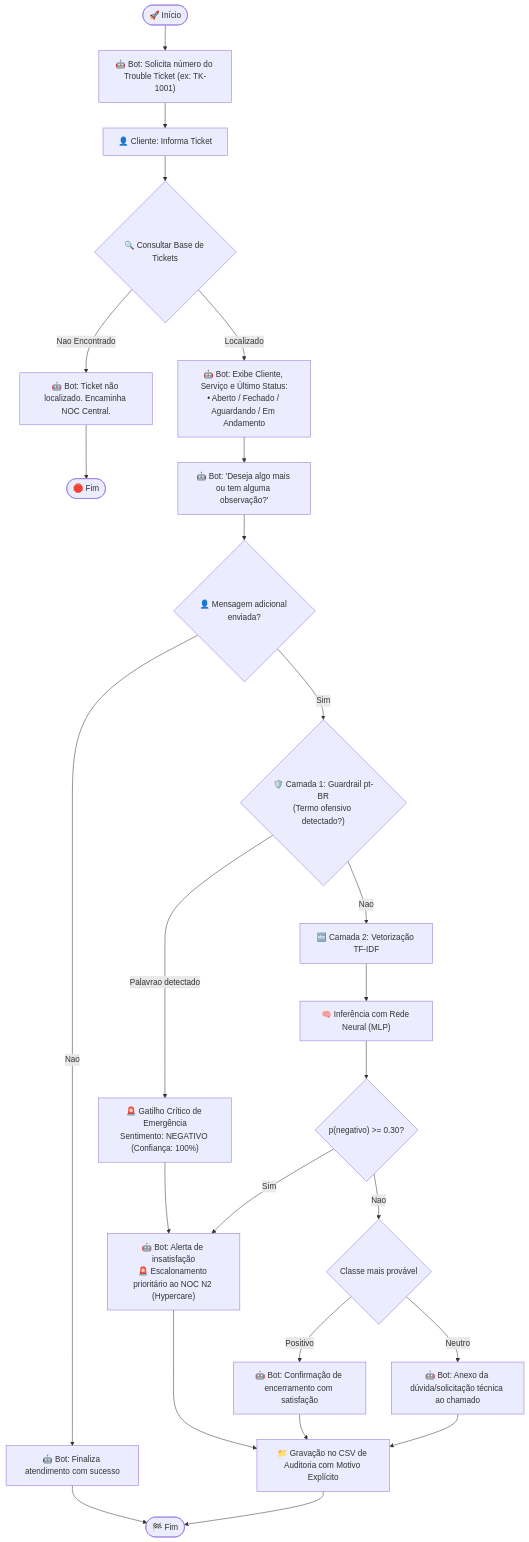
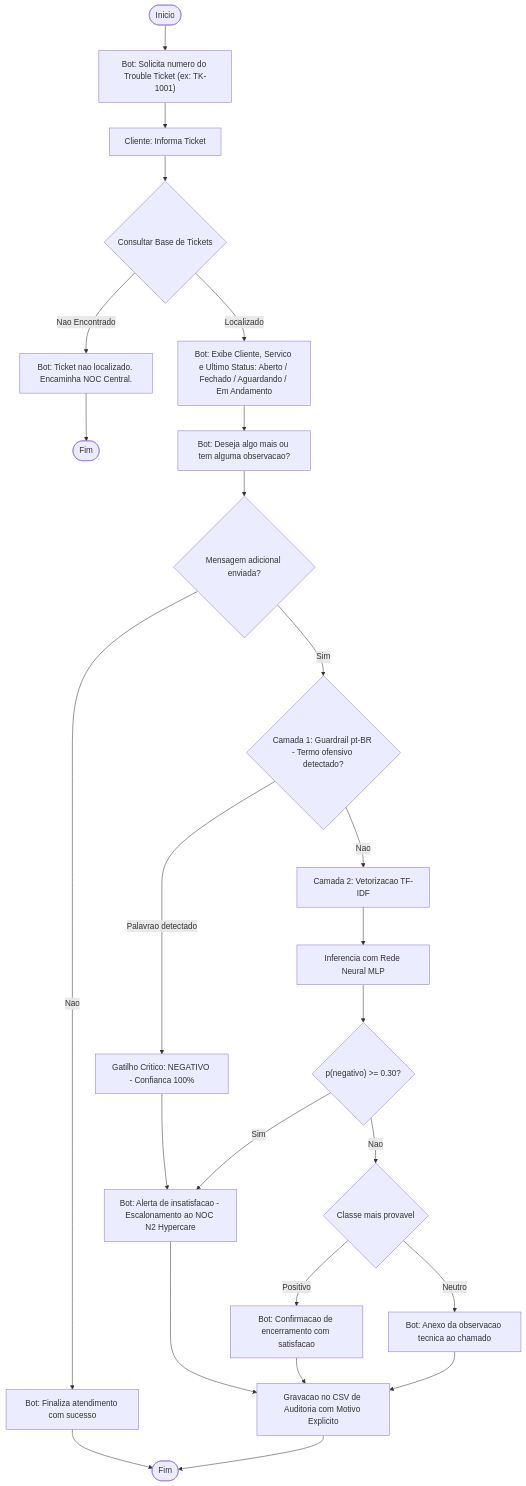
Before and after one commit to FLSRib/NeuralNetwork: the diagram in chatbot-atendimento-CRM_rev_V4/README.md, drawn with Mermaid. The commit also changed other lines of this file, not shown here.

````diff
--- a/chatbot-atendimento-CRM_rev_V4/README.md
+++ b/chatbot-atendimento-CRM_rev_V4/README.md
@@ -61,36 +70,36 @@
 ```mermaid
 flowchart TD
-    Start(["🚀 Início"]) --> AskTicket["🤖 Bot: Solicita número do Trouble Ticket (ex: TK-1001)"]
-    AskTicket --> InputTicket["👤 Cliente: Informa Ticket"]
-    
-    InputTicket --> QueryDB{"🔍 Consultar Base de Tickets"}
-    QueryDB -->|Nao Encontrado| NotFound["🤖 Bot: Ticket não localizado. Encaminha NOC Central."]
-    NotFound --> EndNotFound(["🛑 Fim"])
-    
-    QueryDB -->|Localizado| ShowStatus["🤖 Bot: Exibe Cliente, Serviço e Último Status:<br/>• Aberto / Fechado / Aguardando / Em Andamento"]
-    ShowStatus --> AskMore["🤖 Bot: 'Deseja algo mais ou tem alguma observação?'"]
-    
-    AskMore --> CheckInput{"👤 Mensagem adicional enviada?"}
-    CheckInput -->|Nao| EndOk["🤖 Bot: Finaliza atendimento com sucesso"]
-    EndOk --> Finish(["🏁 Fim"])
-    
-    CheckInput -->|Sim| Guardrail{"🛡️ Camada 1: Guardrail pt-BR<br/>(Termo ofensivo detectado?)"}
-    
-    Guardrail -->|Palavrao detectado| ForceNeg["🚨 Gatilho Crítico de Emergência<br/>Sentimento: NEGATIVO (Confiança: 100%)"]
-    
-    Guardrail -->|Nao| Vectorize["🔤 Camada 2: Vetorização TF-IDF"]
-    Vectorize --> NNPredict["🧠 Inferência com Rede Neural (MLP)"]
+    Start(["Inicio"]) --> AskTicket["Bot: Solicita numero do Trouble Ticket (ex: TK-1001)"]
+    AskTicket --> InputTicket["Cliente: Informa Ticket"]
+
+    InputTicket --> QueryDB{"Consultar Base de Tickets"}
+    QueryDB -->|Nao Encontrado| NotFound["Bot: Ticket nao localizado. Encaminha NOC Central."]
+    NotFound --> EndNotFound(["Fim"])
+
+    QueryDB -->|Localizado| ShowStatus["Bot: Exibe Cliente, Servico e Ultimo Status: Aberto / Fechado / Aguardando / Em Andamento"]
+    ShowStatus --> AskMore["Bot: Deseja algo mais ou tem alguma observacao?"]
+
+    AskMore --> CheckInput{"Mensagem adicional enviada?"}
+    CheckInput -->|Nao| EndOk["Bot: Finaliza atendimento com sucesso"]
+    EndOk --> Finish(["Fim"])
+
+    CheckInput -->|Sim| Guardrail{"Camada 1: Guardrail pt-BR - Termo ofensivo detectado?"}
+
+    Guardrail -->|Palavrao detectado| ForceNeg["Gatilho Critico: NEGATIVO - Confianca 100%"]
+
+    Guardrail -->|Nao| Vectorize["Camada 2: Vetorizacao TF-IDF"]
+    Vectorize --> NNPredict["Inferencia com Rede Neural MLP"]
     NNPredict --> ThresholdCheck{"p(negativo) >= 0.30?"}
-    
-    ThresholdCheck -->|Sim| RespNeg["🤖 Bot: Alerta de insatisfação<br/>🚨 Escalonamento prioritário ao NOC N2 (Hypercare)"]
-    ThresholdCheck -->|Nao| MaxClass{"Classe mais provável"}
-    
-    MaxClass -->|Positivo| RespPos["🤖 Bot: Confirmação de encerramento com satisfação"]
-    MaxClass -->|Neutro| RespNeu["🤖 Bot: Anexo da dúvida/solicitação técnica ao chamado"]
-    
+
+    ThresholdCheck -->|Sim| RespNeg["Bot: Alerta de insatisfacao - Escalonamento ao NOC N2 Hypercare"]
+    ThresholdCheck -->|Nao| MaxClass{"Classe mais provavel"}
+
+    MaxClass -->|Positivo| RespPos["Bot: Confirmacao de encerramento com satisfacao"]
+    MaxClass -->|Neutro| RespNeu["Bot: Anexo da observacao tecnica ao chamado"]
+
     ForceNeg --> RespNeg
-    RespNeg --> SaveLog["📁 Gravação no CSV de Auditoria com Motivo Explícito"]
+    RespNeg --> SaveLog["Gravacao no CSV de Auditoria com Motivo Explicito"]
     RespPos --> SaveLog
     RespNeu --> SaveLog
     SaveLog --> Finish
 ```
````
